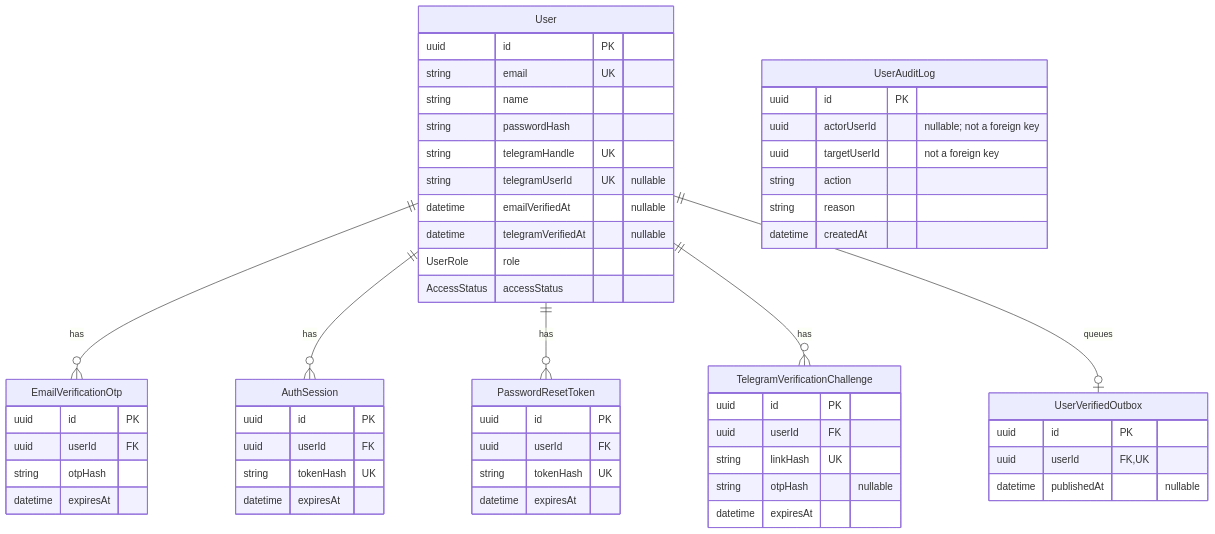
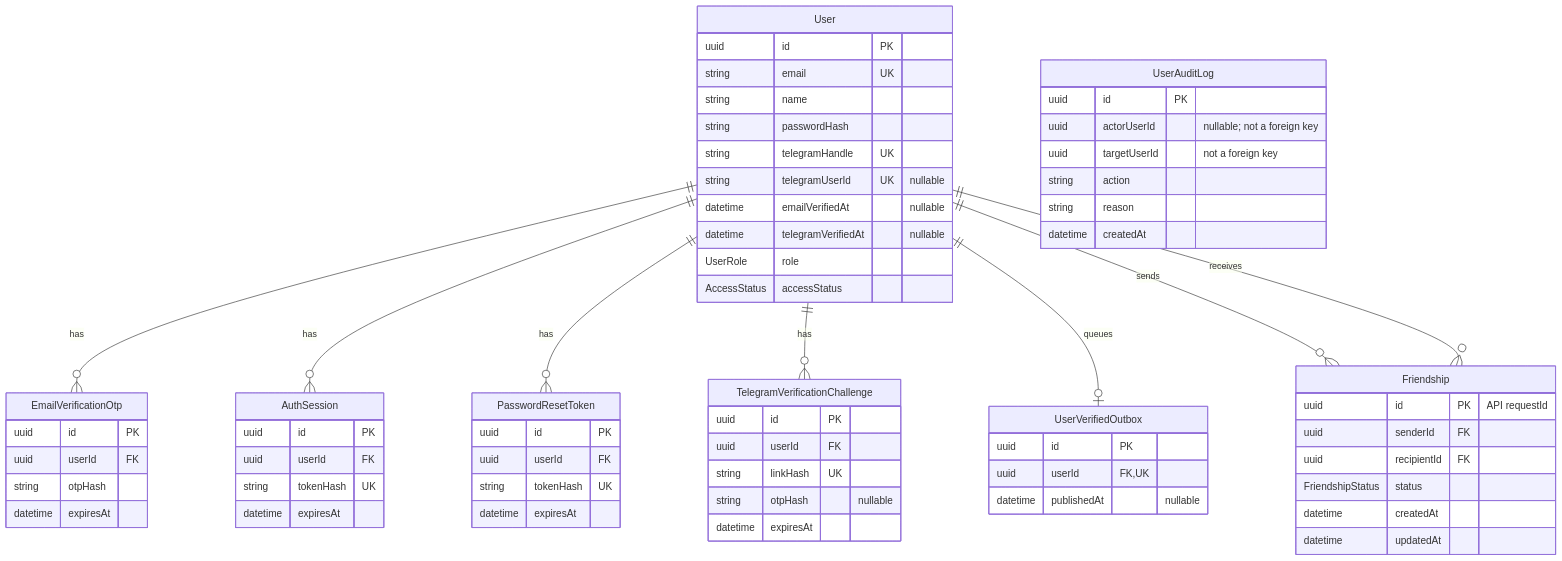
Before and after one commit to junngithub/AY2627S1-CS3219-P15: the diagram in user-service/docs/schema.md, drawn with Mermaid. The commit also changed other lines of this file and 15 other files, not shown here.

````diff
--- a/user-service/docs/schema.md
+++ b/user-service/docs/schema.md
@@ -11,59 +11,69 @@
 ```mermaid
 erDiagram
     User ||--o{ EmailVerificationOtp : has
     User ||--o{ AuthSession : has
     User ||--o{ PasswordResetToken : has
     User ||--o{ TelegramVerificationChallenge : has
     User ||--o| UserVerifiedOutbox : queues
+    User ||--o{ Friendship : sends
+    User ||--o{ Friendship : receives
 
     User {
         uuid id PK
         string email UK
         string name
         string passwordHash
         string telegramHandle UK
         string telegramUserId UK "nullable"
         datetime emailVerifiedAt "nullable"
         datetime telegramVerifiedAt "nullable"
         UserRole role
         AccessStatus accessStatus
+    }
+    Friendship {
+        uuid id PK "API requestId"
+        uuid senderId FK
+        uuid recipientId FK
+        FriendshipStatus status
+        datetime createdAt
+        datetime updatedAt
     }
     EmailVerificationOtp {
         uuid id PK
         uuid userId FK
         string otpHash
         datetime expiresAt
     }
     AuthSession {
         uuid id PK
         uuid userId FK
         string tokenHash UK
         datetime expiresAt
     }
     PasswordResetToken {
         uuid id PK
         uuid userId FK
         string tokenHash UK
         datetime expiresAt
     }
     TelegramVerificationChallenge {
         uuid id PK
         uuid userId FK
         string linkHash UK
         string otpHash "nullable"
         datetime expiresAt
     }
     UserVerifiedOutbox {
         uuid id PK
         uuid userId FK,UK
         datetime publishedAt "nullable"
     }
     UserAuditLog {
         uuid id PK
         uuid actorUserId "nullable; not a foreign key"
         uuid targetUserId "not a foreign key"
         string action
         string reason
         datetime createdAt
     }
 ```
````
